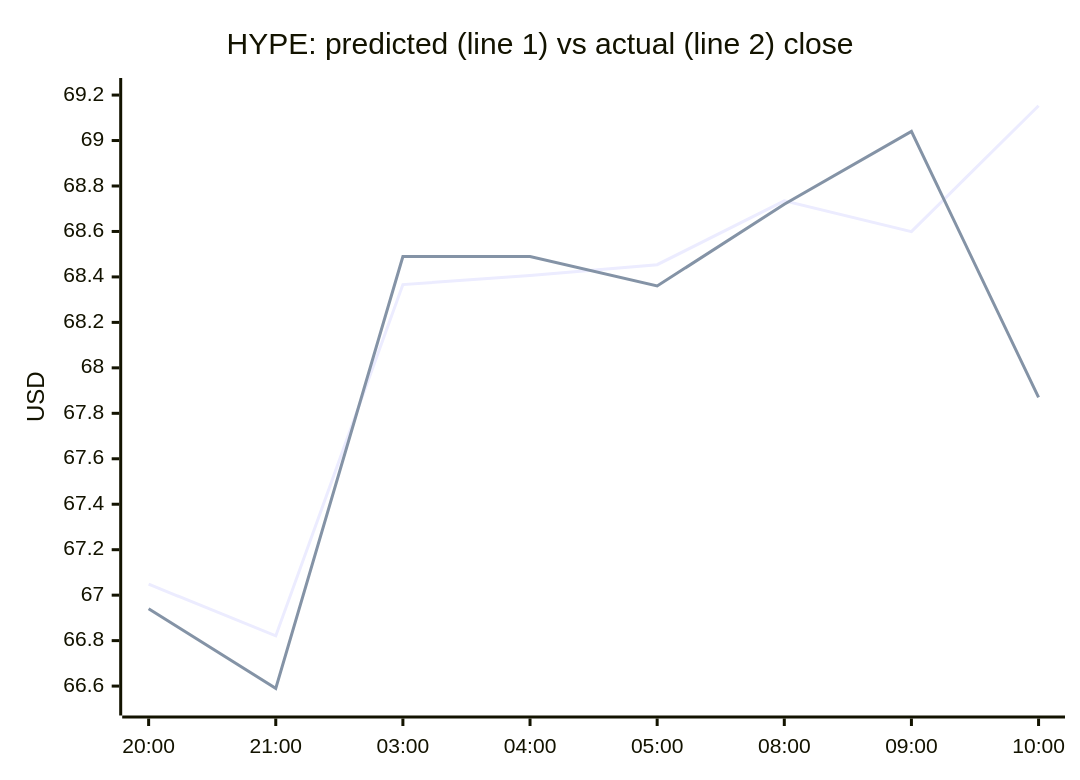
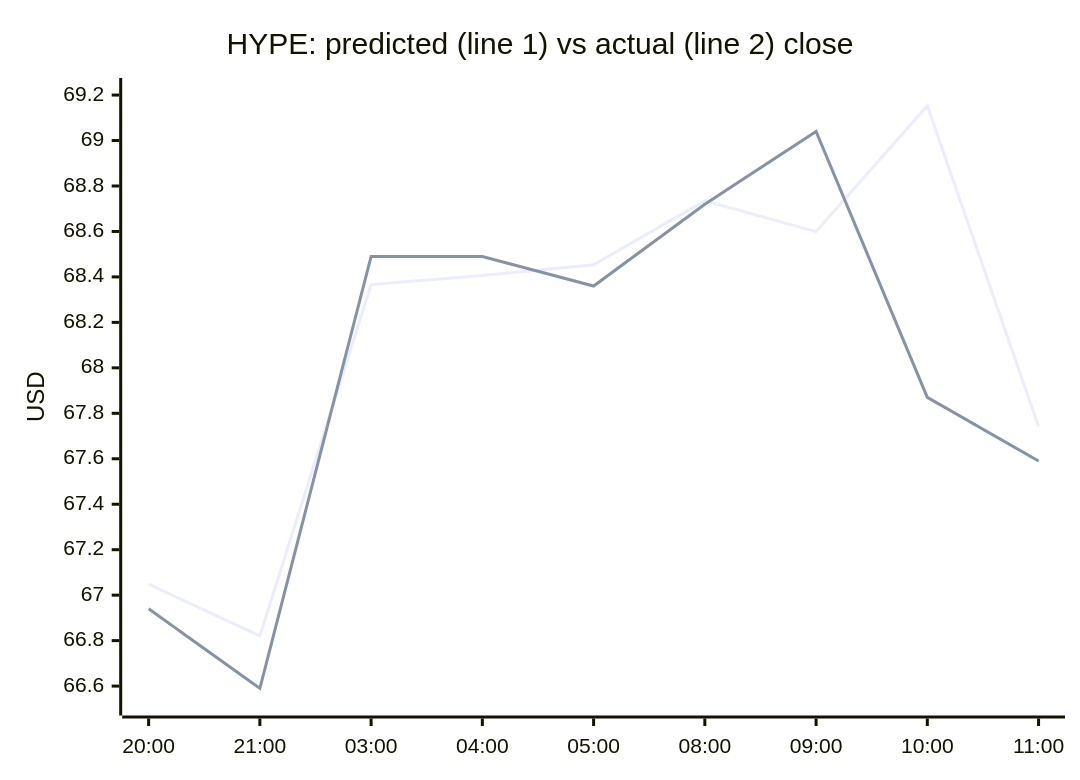
The fourth of 4 diagrams in README.md (samuelkreitl-wq/crypto-hourly-forecaster), drawn with Mermaid before and after one commit. The commit also changed other lines of this file and 14 other files, not shown here.

````diff
--- a/README.md
+++ b/README.md
@@ -65,8 +65,8 @@
 ```mermaid
 xychart-beta
     title "HYPE: predicted (line 1) vs actual (line 2) close"
-    x-axis ["20:00", "21:00", "03:00", "04:00", "05:00", "08:00", "09:00", "10:00"]
+    x-axis ["20:00", "21:00", "03:00", "04:00", "05:00", "08:00", "09:00", "10:00", "11:00"]
     y-axis "USD" 66.5234 --> 69.2223
-    line [67.0484, 66.8208, 68.3664, 68.4064, 68.4537, 68.7347, 68.5994, 69.1532]
-    line [66.9400, 66.5900, 68.4900, 68.4900, 68.3600, 68.7200, 69.0400, 67.8700]
+    line [67.0484, 66.8208, 68.3664, 68.4064, 68.4537, 68.7347, 68.5994, 69.1532, 67.7420]
+    line [66.9400, 66.5900, 68.4900, 68.4900, 68.3600, 68.7200, 69.0400, 67.8700, 67.5900]
 ```
````
